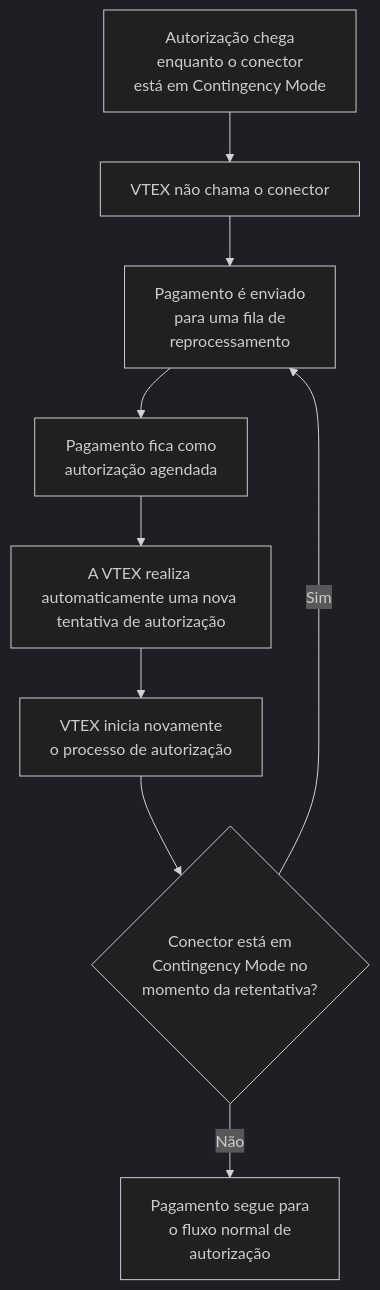
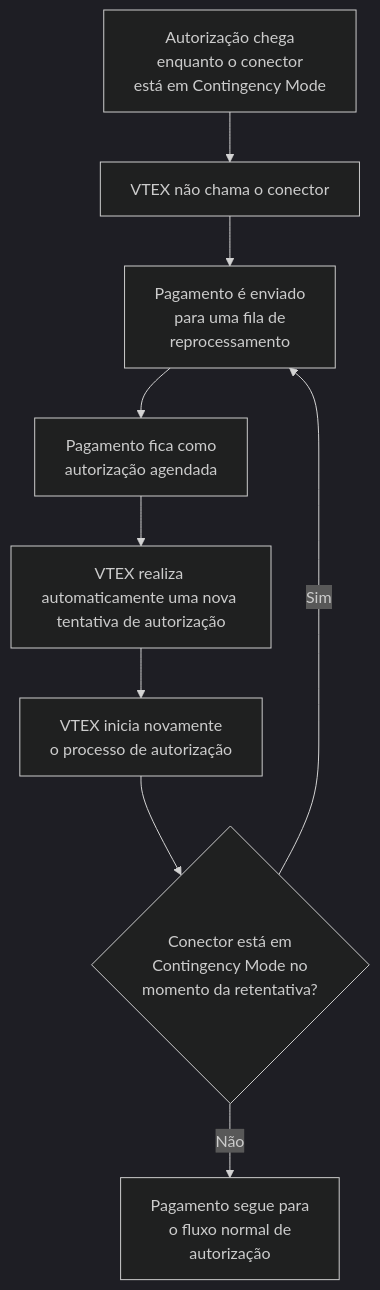
The second of 2 diagrams in docs/pt/tutorials/pagamentos/configurações-de-pagamentos/mode-off-faq.md (vtexdocs/help-center-content), drawn with Mermaid (dark theme) before and after one commit. The commit also changed other lines of this file and 2 other files, not shown here.

````diff
--- a/docs/pt/tutorials/pagamentos/configurações-de-pagamentos/mode-off-faq.md
+++ b/docs/pt/tutorials/pagamentos/configurações-de-pagamentos/mode-off-faq.md
@@ -127,11 +127,11 @@
 ```mermaid
 flowchart TD
     A[Autorização chega \nenquanto o conector \nestá em Contingency Mode] --> B[VTEX não chama o conector]
     B --> C[Pagamento é enviado \npara uma fila de \nreprocessamento]
     C --> D[Pagamento fica como \nautorização agendada]
-    D --> E[A VTEX realiza automaticamente uma nova tentativa de autorização]
+    D --> E[VTEX realiza automaticamente uma nova tentativa de autorização]
     E --> F[VTEX inicia novamente \no processo de autorização]
     F --> G{Conector está em \nContingency Mode no \nmomento da retentativa?}
     G -- Sim --> C
     G -- Não --> H[Pagamento segue para \no fluxo normal de \nautorização]
 ```
````
